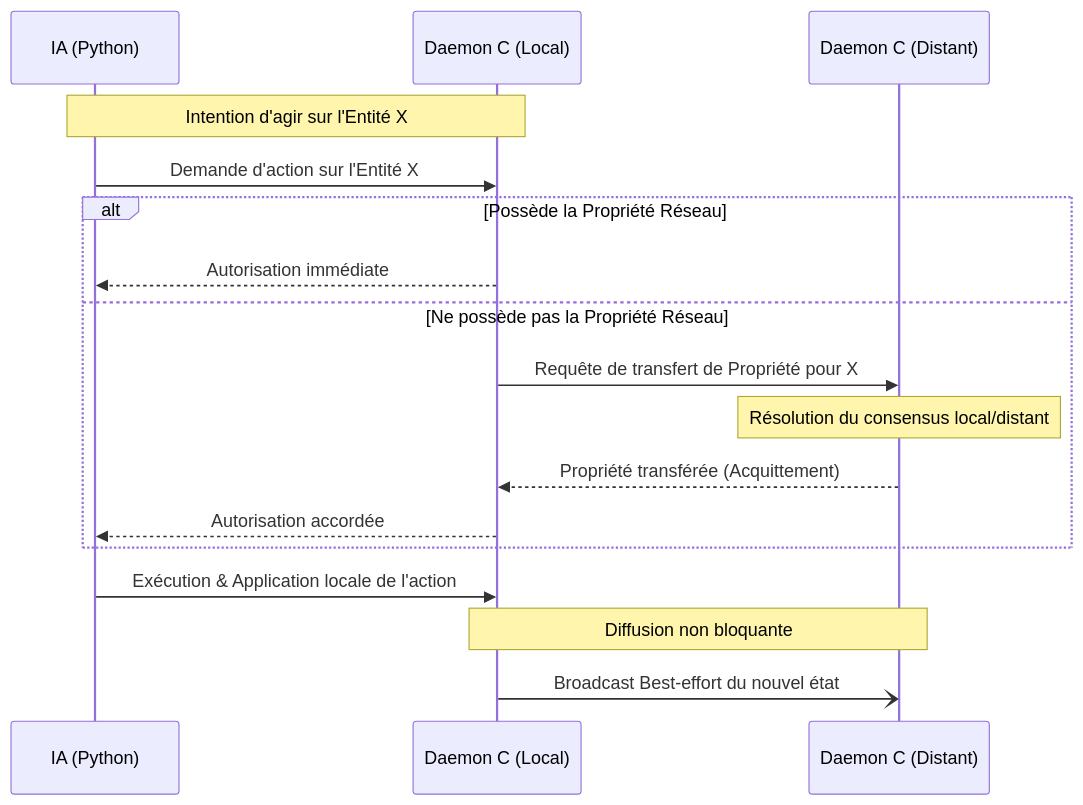
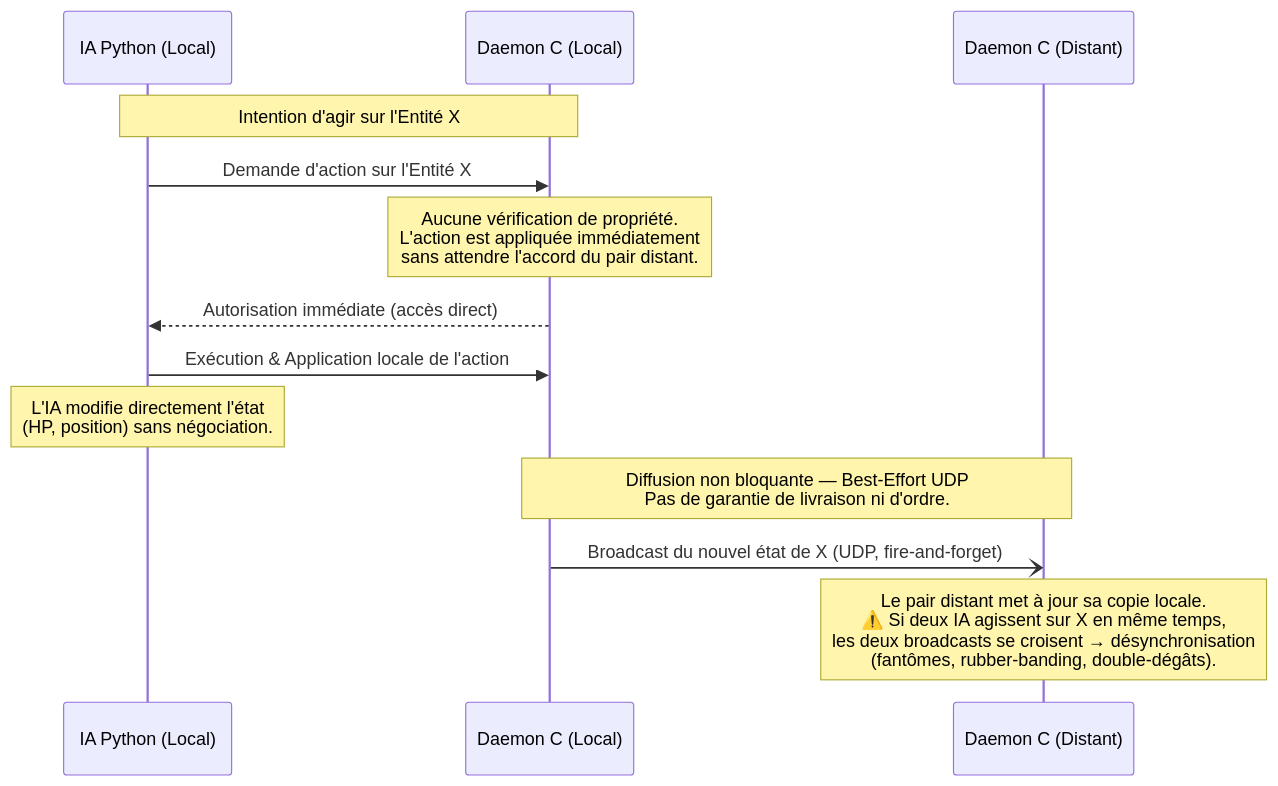
Before and after one commit to YOUSSEF4315/STI3A-Projet_reseaux_1: the second of 2 diagrams in README.md, drawn with Mermaid.

Commit message:
docs(README): replace V2 sequence diagram with V1 Best-Effort diagram (no ownership negotiation)

````diff
--- a/README.md
+++ b/README.md
@@ -52,22 +52,22 @@
 ```mermaid
 sequenceDiagram
-    participant IA as IA (Python)
+    participant IA as IA Python (Local)
     participant CL as Daemon C (Local)
     participant CD as Daemon C (Distant)
 
     Note over IA, CL: Intention d'agir sur l'Entité X
+
     IA->>CL: Demande d'action sur l'Entité X
-    
-    alt Possède la Propriété Réseau
-        CL-->>IA: Autorisation immédiate
-    else Ne possède pas la Propriété Réseau
-        CL->>CD: Requête de transfert de Propriété pour X
-        Note over CD: Résolution du consensus local/distant
-        CD-->>CL: Propriété transférée (Acquittement)
-        CL-->>IA: Autorisation accordée
-    end
-    
+
+    Note over CL: Aucune vérification de propriété.<br/>L'action est appliquée immédiatement<br/>sans attendre l'accord du pair distant.
+
+    CL-->>IA: Autorisation immédiate (accès direct)
+
     IA->>CL: Exécution & Application locale de l'action
-    Note over CL, CD: Diffusion non bloquante
-    CL-)CD: Broadcast Best-effort du nouvel état
+    Note over IA: L'IA modifie directement l'état<br/>(HP, position) sans négociation.
+
+    Note over CL, CD: Diffusion non bloquante — Best-Effort UDP<br/>Pas de garantie de livraison ni d'ordre.
+    CL-)CD: Broadcast du nouvel état de X (UDP, fire-and-forget)
+
+    Note over CD: Le pair distant met à jour sa copie locale.<br/>⚠️ Si deux IA agissent sur X en même temps,<br/>les deux broadcasts se croisent → désynchronisation<br/>(fantômes, rubber-banding, double-dégâts).
 ```
````
